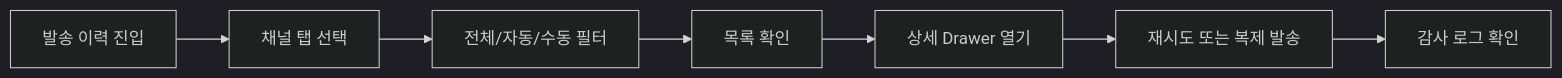
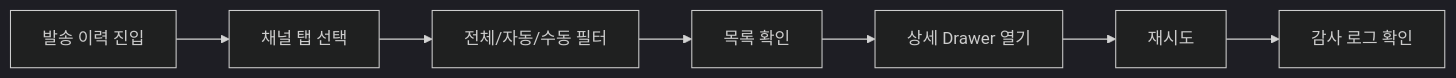
Before and after one commit to blackstarzck/topik-ai: the fifth of 6 diagrams in docs/specs/admin-page-flows-mermaid.md, drawn with Mermaid (dark theme). The commit also changed 9 other files, not shown here.

````diff
--- a/docs/specs/admin-page-flows-mermaid.md
+++ b/docs/specs/admin-page-flows-mermaid.md
@@ -67,9 +67,9 @@
 ```mermaid
 flowchart LR
   A["발송 이력 진입"] --> B["채널 탭 선택"]
   B --> C["전체/자동/수동 필터"]
   C --> D["목록 확인"]
   D --> E["상세 Drawer 열기"]
-  E --> F["재시도 또는 복제 발송"]
+  E --> F["재시도"]
   F --> G["감사 로그 확인"]
 ```
````
